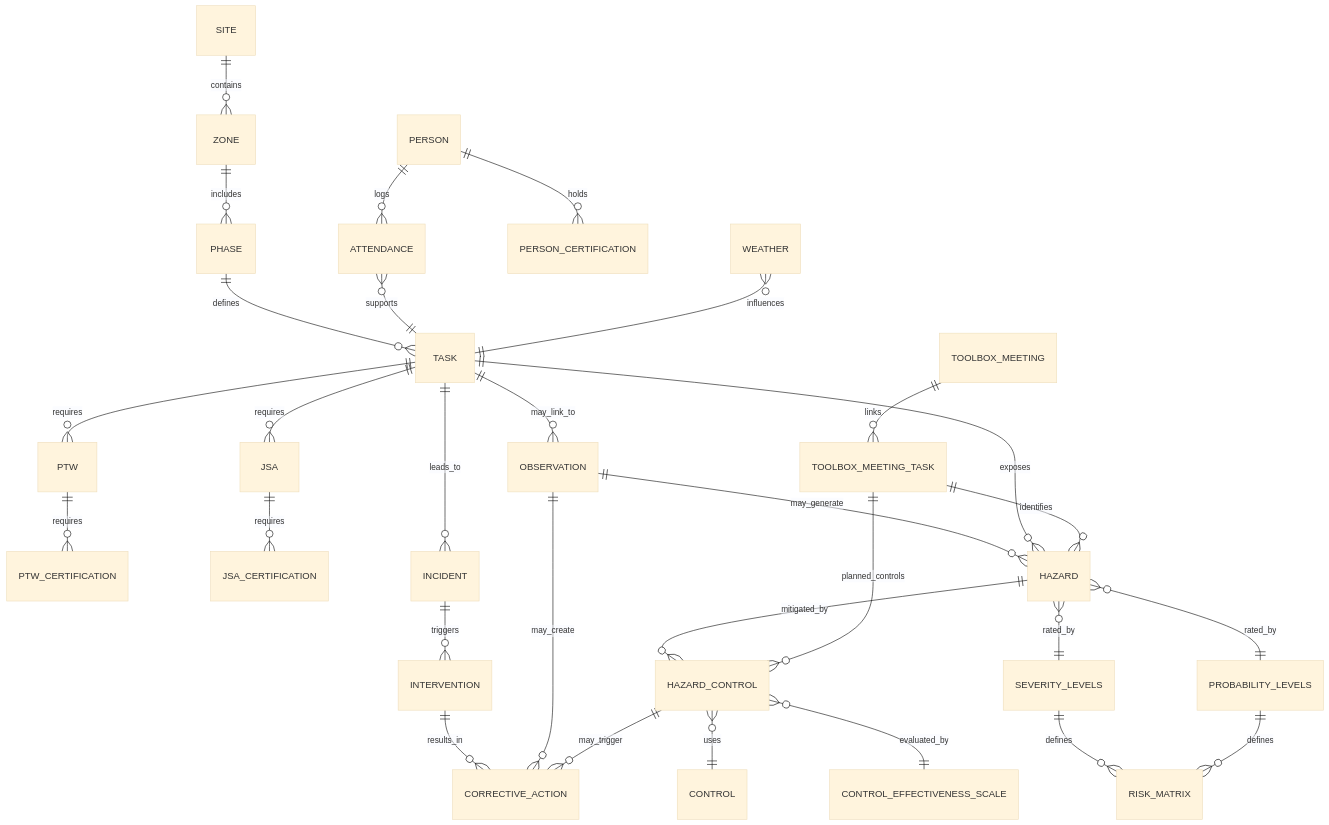
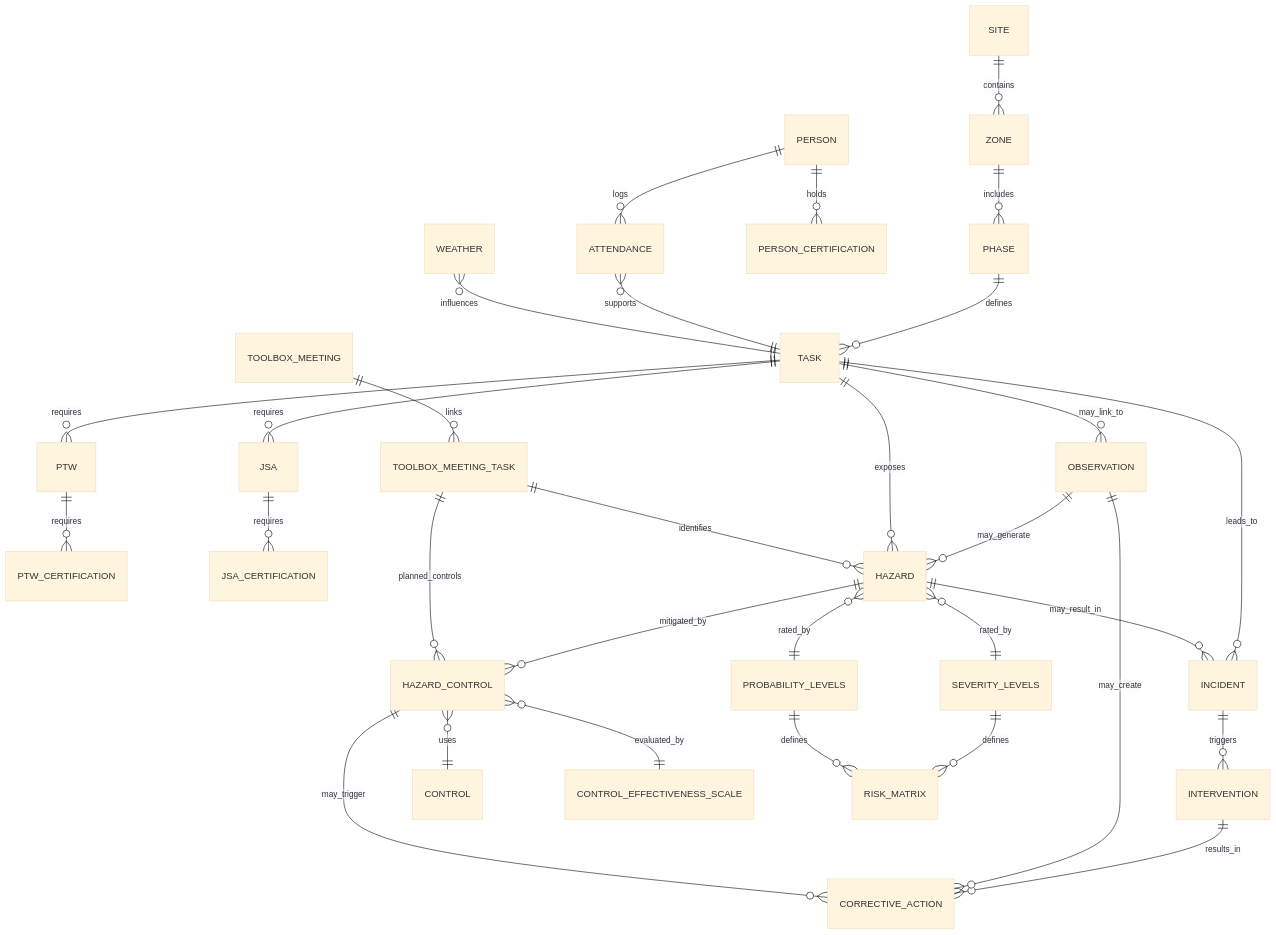
The diagram in README.md (Euchie23/HSEQ_Risk_Intel), drawn with Mermaid (base theme) before and after one commit.

````diff
--- a/README.md
+++ b/README.md
@@ -58,42 +58,45 @@
 ```mermaid
 erDiagram
     SITE ||--o{ ZONE : contains
     ZONE ||--o{ PHASE : includes
     PHASE ||--o{ TASK : defines
 
     PERSON ||--o{ ATTENDANCE : logs
     ATTENDANCE }o--|| TASK : supports
 
     TASK ||--o{ PTW : requires
     TASK ||--o{ JSA : requires
 
     PERSON ||--o{ PERSON_CERTIFICATION : holds
     PTW ||--o{ PTW_CERTIFICATION : requires
     JSA ||--o{ JSA_CERTIFICATION : requires
 
     TASK ||--o{ INCIDENT : leads_to
     INCIDENT ||--o{ INTERVENTION : triggers
     INTERVENTION ||--o{ CORRECTIVE_ACTION : results_in
 
     TASK ||--o{ OBSERVATION  : may_link_to
     OBSERVATION ||--o{ HAZARD : may_generate
     OBSERVATION ||--o{ CORRECTIVE_ACTION : may_create
 
     TASK ||--o{ HAZARD : exposes
     HAZARD ||--o{ HAZARD_CONTROL : mitigated_by
     HAZARD_CONTROL }o--|| CONTROL : uses
+    HAZARD_CONTROL }o--|| CONTROL_EFFECTIVENESS_SCALE : evaluated_by
 
     HAZARD }o--|| SEVERITY_LEVELS : rated_by
     HAZARD }o--|| PROBABILITY_LEVELS : rated_by
     SEVERITY_LEVELS ||--o{ RISK_MATRIX : defines
     PROBABILITY_LEVELS ||--o{ RISK_MATRIX : defines
 
-    HAZARD_CONTROL }o--|| CONTROL_EFFECTIVENESS_SCALE : evaluated_by
+   
     HAZARD_CONTROL ||--o{ CORRECTIVE_ACTION : may_trigger
+    HAZARD ||--o{ INCIDENT : may_result_in
+
 
     TOOLBOX_MEETING ||--o{ TOOLBOX_MEETING_TASK : links
     TOOLBOX_MEETING_TASK ||--o{ HAZARD : identifies
     TOOLBOX_MEETING_TASK ||--o{ HAZARD_CONTROL : planned_controls
 
     WEATHER }o--|| TASK : influences
 ```
````
